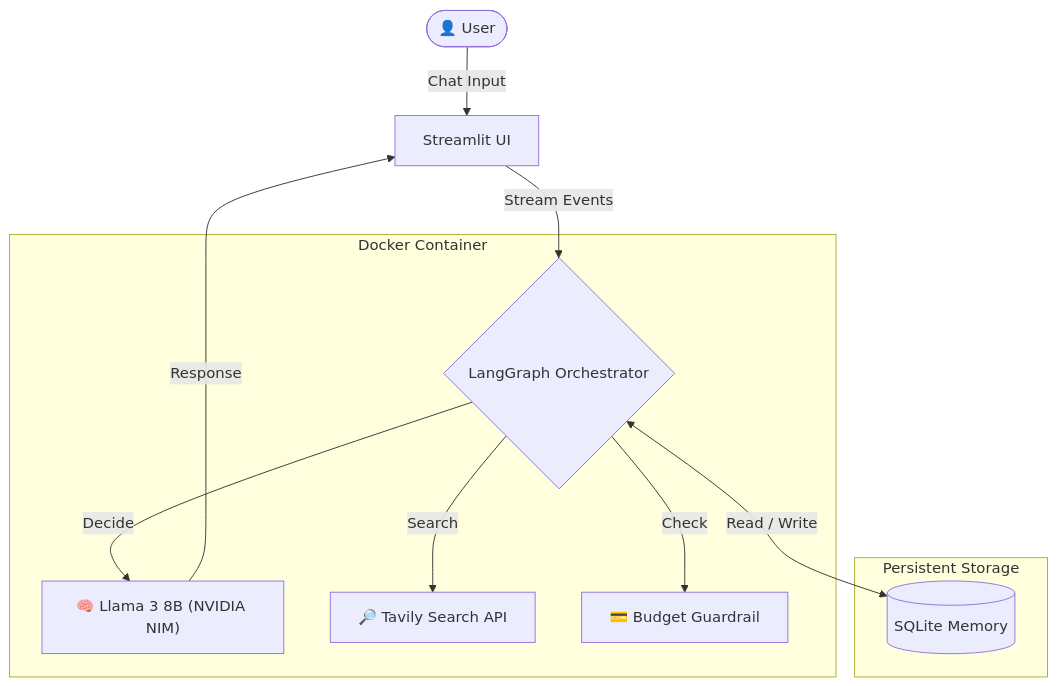
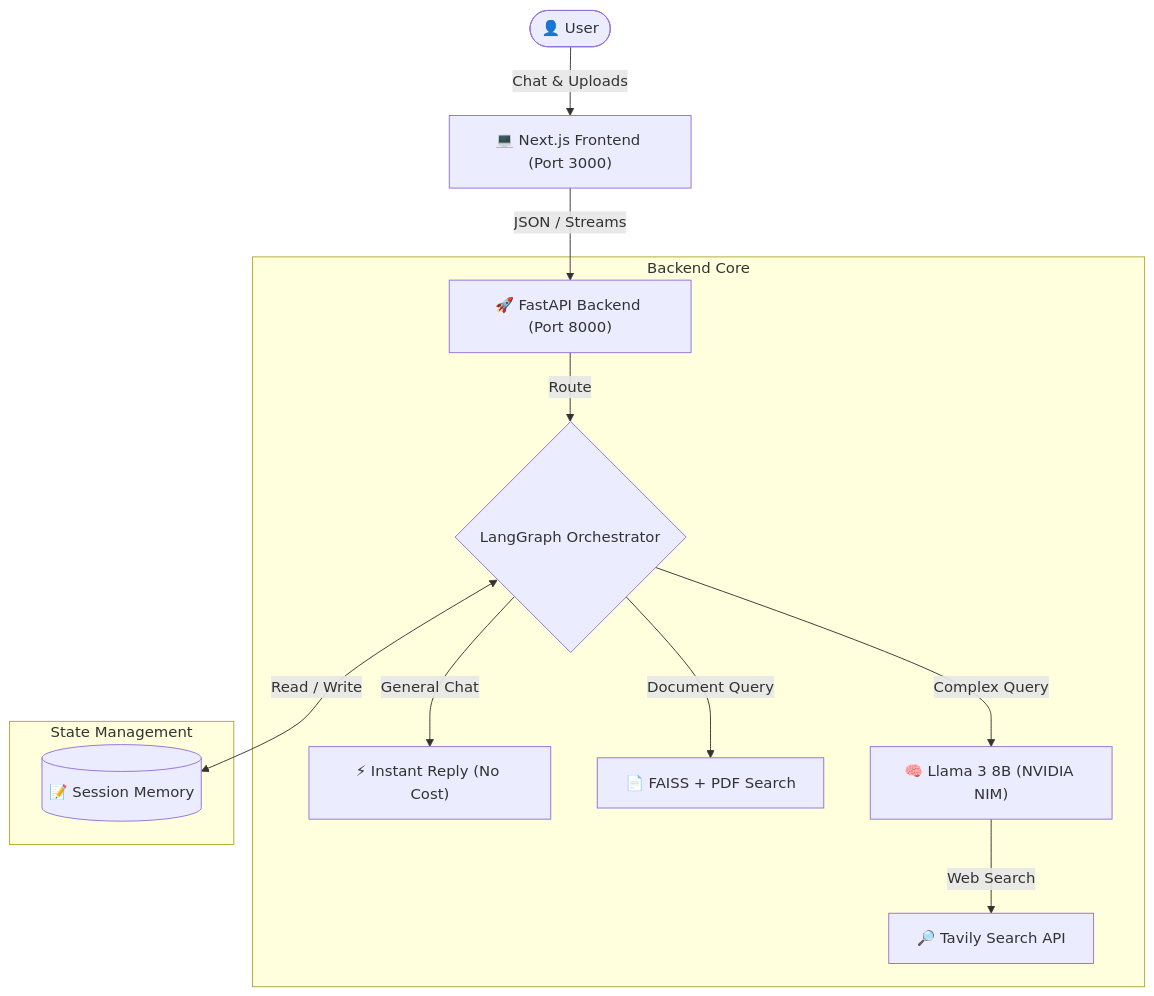
One commit to PTX-Tien/project-vera changed the diagram in README.md. Above: the diagram before and after it, drawn with Mermaid. The commit also changed other lines of this file and 27 other files, not shown here.

Commit message:
refactor!: migrate from Streamlit to Full-Stack (Next.js + FastAPI) with Docker

````diff
--- a/README.md
+++ b/README.md
@@ -17,17 +19,19 @@
 ```mermaid
 graph TD
-    User(["👤 User"]) -->|Chat Input| UI["Streamlit UI"]
-    UI -->|Stream Events| Graph{"LangGraph Orchestrator"}
+    User(["👤 User"]) -->|Chat & Uploads| UI["💻 Next.js Frontend (Port 3000)"]
+    UI -->|JSON / Streams| API["🚀 FastAPI Backend (Port 8000)"]
     
-    subgraph Docker ["Docker Container"]
-        Graph -->|Decide| Agent["🧠 Llama 3 8B (NVIDIA NIM)"]
-        Graph -->|Search| Tools["🔎 Tavily Search API"]
-        Graph -->|Check| Budget["💳 Budget Guardrail"]
+    subgraph "Backend Core"
+        API -->|Route| Graph{"LangGraph Orchestrator"}
+        
+        Graph -->|General Chat| Chitchat["⚡ Instant Reply (No Cost)"]
+        Graph -->|Document Query| RAG["📄 FAISS + PDF Search"]
+        Graph -->|Complex Query| Agent["🧠 Llama 3 8B (NVIDIA NIM)"]
+        
+        Agent -->|Web Search| Tools["🔎 Tavily Search API"]
     end
     
-    subgraph Storage ["Persistent Storage"]
-        Graph <-->|Read / Write| DB[("SQLite Memory")]
+    subgraph "State Management"
+        Graph <-->|Read / Write| Memory[("📝 Session Memory")]
     end
-    
-    Agent -->|Response| UI
 ```
````
